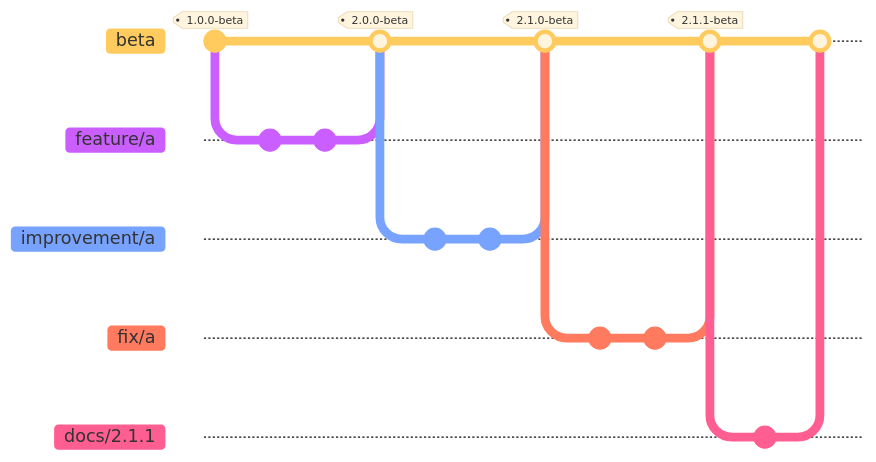
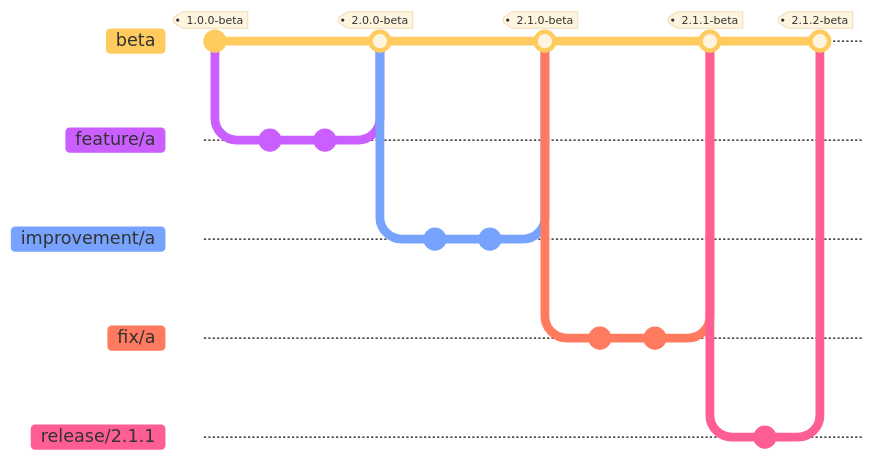
The fifth of 11 diagrams in code/architecture/ci-cd/git-flow.md (z1lV3r/arc-port), drawn with Mermaid before and after one commit. The commit also changed other lines of this file and 1 other file, not shown here.

Commit message:
Add new branch process

````diff
--- a/code/architecture/ci-cd/git-flow.md
+++ b/code/architecture/ci-cd/git-flow.md
@@ -83,33 +83,33 @@
 ```mermaid
 ---
 config:
   theme: 'base'
   gitGraph:
     showCommitLabel: false
     mainBranchName: 'beta'
 ---
 gitGraph
     commit id: "b1" tag: "1.0.0-beta"
     branch feature/a
     checkout feature/a
     commit id: "f1"
     commit id: "f2"
     checkout beta
     merge feature/a tag: "2.0.0-beta"
     branch improvement/a
     checkout improvement/a
     commit id: "i1"
     commit id: "i2"
     checkout beta
     merge improvement/a tag: "2.1.0-beta"
     branch fix/a
     checkout fix/a
     commit id: "fi1"
     commit id: "fi2"
     checkout beta
     merge fix/a tag: "2.1.1-beta"
-    branch docs/2.1.1
+    branch release/2.1.1
     commit id: "d1"
     checkout beta
-    merge docs/2.1.1
+    merge release/2.1.1 tag: "2.1.2-beta"
 ```
````
